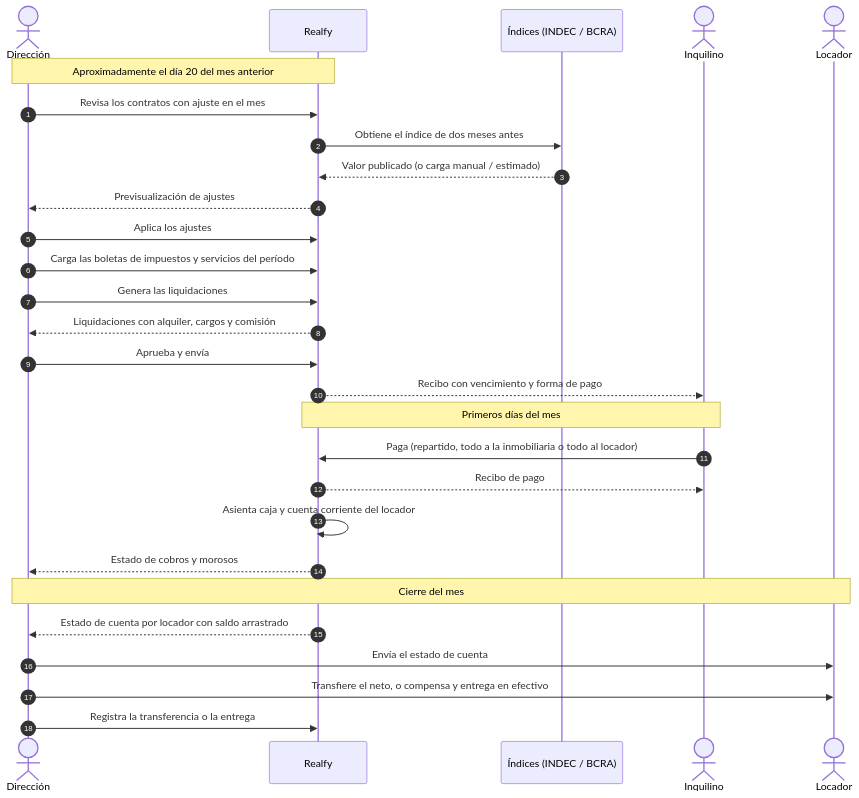
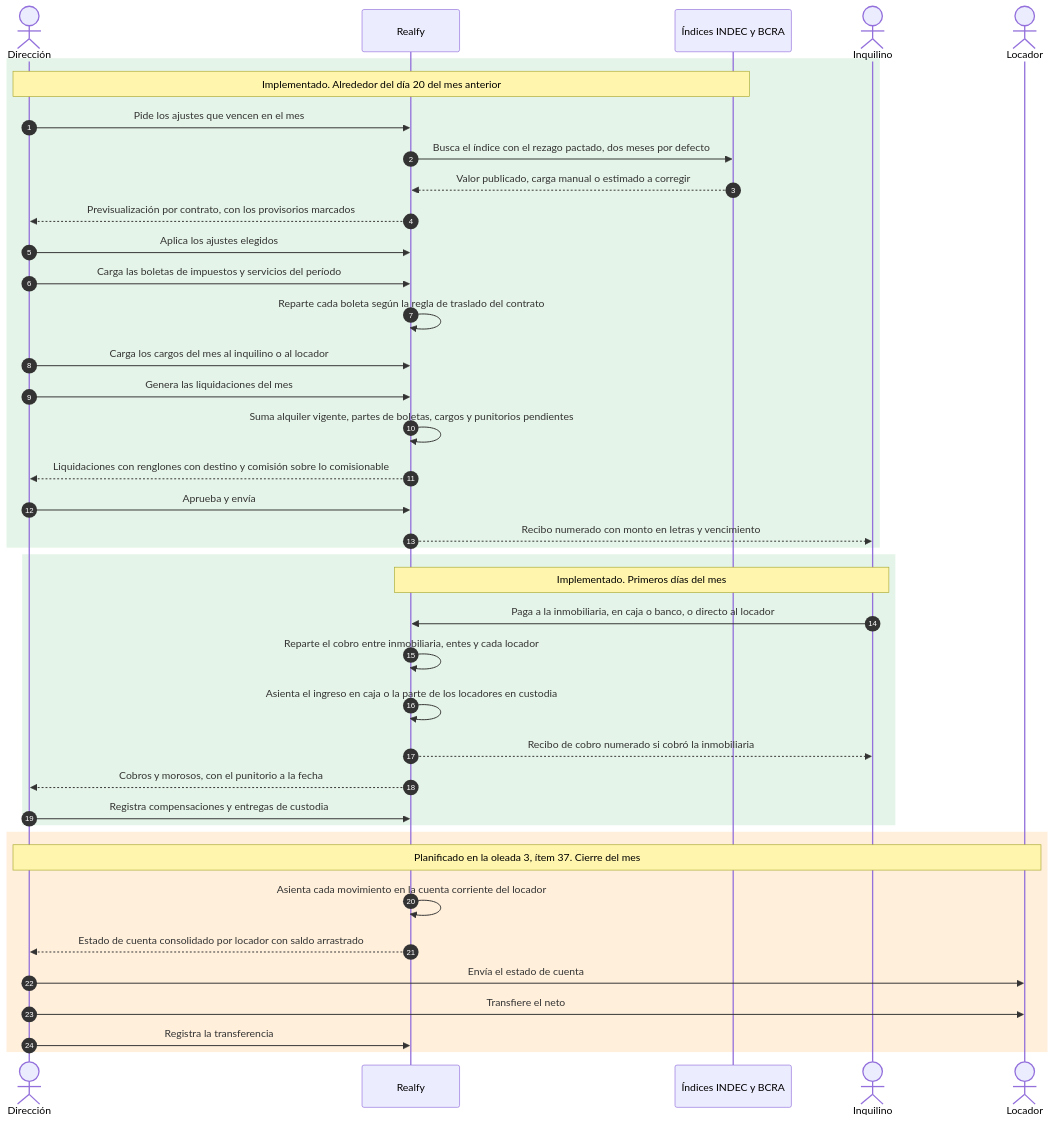
The diagram in docs/tesis/30-piloto.md (RomeV16/Proyecto-Final---Realfy), drawn with Mermaid before and after one commit. The commit also changed other lines of this file and 1 other file, not shown here.

Commit message:
docs(arquitectura): diagramas de contexto, despliegue y ciclo mensual
El dibujo de caracteres de la vista de alto nivel nombraba un servidor SMTP y no mostraba el almacenamiento: se reemplaza por un diagrama de contexto en mermaid (ADR-0016) con web, API, base, almacenamiento, ARCA, BCRA e INDEC, Resend y WhatsApp como planificado. Despliegue y CI describe los ambientes production y piloto, el despliegue controlado desde una copia limpia del commit integrado y los trabajos actuales de la integración continua, con un diagrama de despliegue. Se agrega la sección de mensajería saliente y los punteros a los ADR del piloto. El diagrama del ciclo mensual de 30-piloto separa lo implementado (preparación del mes y cobro con caja, custodia y compensaciones) de lo planificado (cuenta corriente y estado de cuenta del locador).

````diff
--- a/docs/tesis/30-piloto.md
+++ b/docs/tesis/30-piloto.md
@@ -110,33 +110,45 @@
 ```mermaid
 sequenceDiagram
     autonumber
     actor Dir as Dirección
     participant R as Realfy
-    participant IDX as Índices (INDEC / BCRA)
+    participant IDX as Índices INDEC y BCRA
     actor Inq as Inquilino
     actor Loc as Locador
 
-    Note over Dir,R: Aproximadamente el día 20 del mes anterior
-    Dir->>R: Revisa los contratos con ajuste en el mes
-    R->>IDX: Obtiene el índice de dos meses antes
-    IDX-->>R: Valor publicado (o carga manual / estimado)
-    R-->>Dir: Previsualización de ajustes
-    Dir->>R: Aplica los ajustes
+    rect rgba(46, 160, 67, 0.12)
+    Note over Dir,IDX: Implementado. Alrededor del día 20 del mes anterior
+    Dir->>R: Pide los ajustes que vencen en el mes
+    R->>IDX: Busca el índice con el rezago pactado, dos meses por defecto
+    IDX-->>R: Valor publicado, carga manual o estimado a corregir
+    R-->>Dir: Previsualización por contrato, con los provisorios marcados
+    Dir->>R: Aplica los ajustes elegidos
     Dir->>R: Carga las boletas de impuestos y servicios del período
-    Dir->>R: Genera las liquidaciones
-    R-->>Dir: Liquidaciones con alquiler, cargos y comisión
+    R->>R: Reparte cada boleta según la regla de traslado del contrato
+    Dir->>R: Carga los cargos del mes al inquilino o al locador
+    Dir->>R: Genera las liquidaciones del mes
+    R->>R: Suma alquiler vigente, partes de boletas, cargos y punitorios pendientes
+    R-->>Dir: Liquidaciones con renglones con destino y comisión sobre lo comisionable
     Dir->>R: Aprueba y envía
-    R-->>Inq: Recibo con vencimiento y forma de pago
+    R-->>Inq: Recibo numerado con monto en letras y vencimiento
+    end
 
-    Note over Inq,R: Primeros días del mes
-    Inq->>R: Paga (repartido, todo a la inmobiliaria o todo al locador)
-    R-->>Inq: Recibo de pago
-    R->>R: Asienta caja y cuenta corriente del locador
-    R-->>Dir: Estado de cobros y morosos
+    rect rgba(46, 160, 67, 0.12)
+    Note over Inq,R: Implementado. Primeros días del mes
+    Inq->>R: Paga a la inmobiliaria, en caja o banco, o directo al locador
+    R->>R: Reparte el cobro entre inmobiliaria, entes y cada locador
+    R->>R: Asienta el ingreso en caja o la parte de los locadores en custodia
+    R-->>Inq: Recibo de cobro numerado si cobró la inmobiliaria
+    R-->>Dir: Cobros y morosos, con el punitorio a la fecha
+    Dir->>R: Registra compensaciones y entregas de custodia
+    end
 
-    Note over Dir,Loc: Cierre del mes
-    R-->>Dir: Estado de cuenta por locador con saldo arrastrado
+    rect rgba(255, 140, 0, 0.14)
+    Note over Dir,Loc: Planificado en la oleada 3, ítem 37. Cierre del mes
+    R->>R: Asienta cada movimiento en la cuenta corriente del locador
+    R-->>Dir: Estado de cuenta consolidado por locador con saldo arrastrado
     Dir->>Loc: Envía el estado de cuenta
-    Dir->>Loc: Transfiere el neto, o compensa y entrega en efectivo
-    Dir->>R: Registra la transferencia o la entrega
+    Dir->>Loc: Transfiere el neto
+    Dir->>R: Registra la transferencia
+    end
 ```
````
